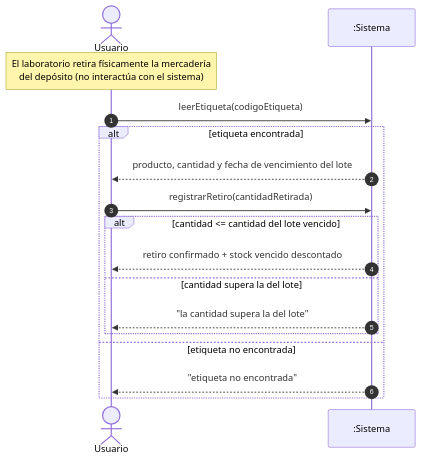
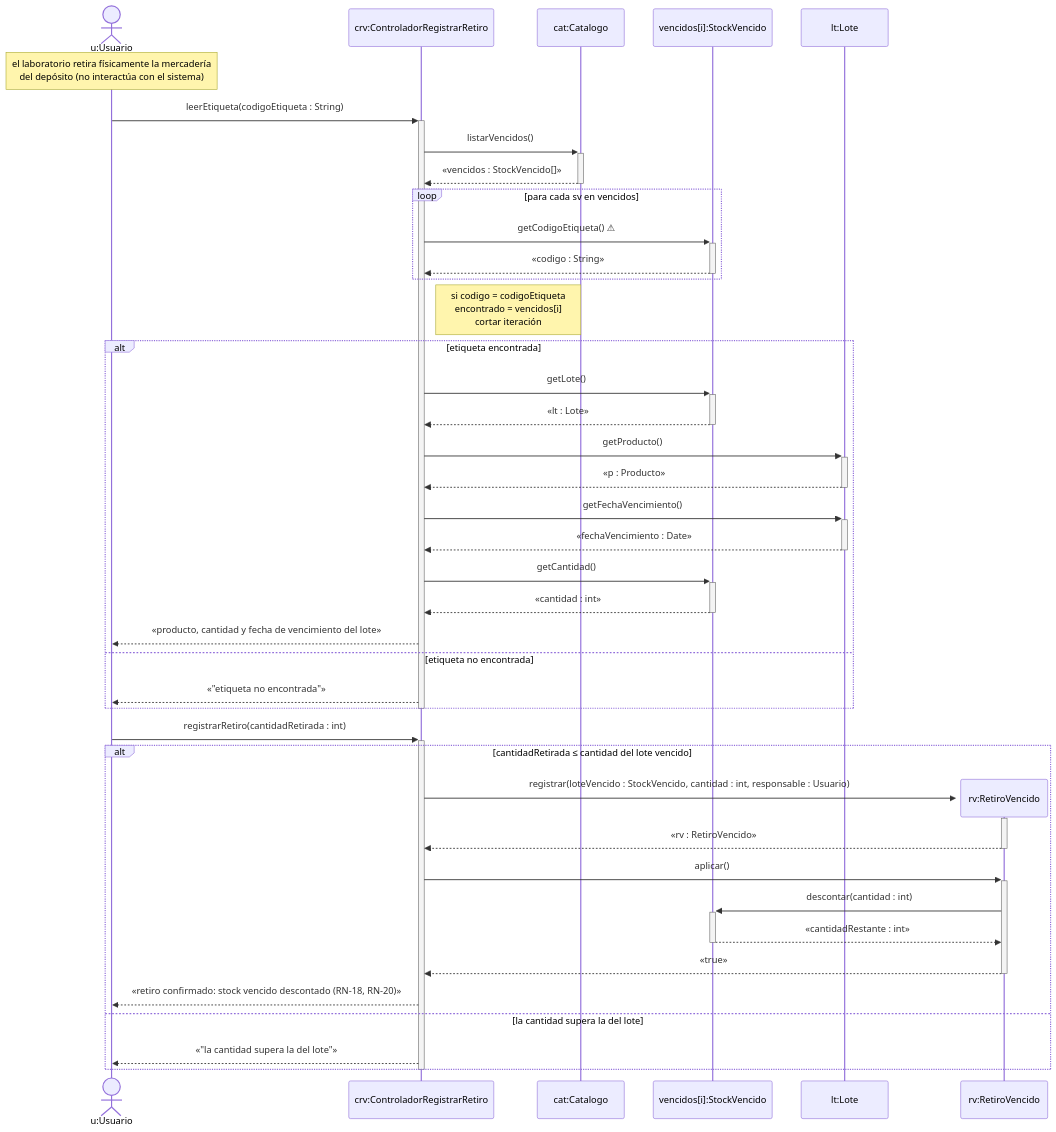
Before and after one commit to cirotop/Stock-Project: the tenth of 12 diagrams in 08-Diagrama De Secuencia/Diagramas_de_Secuencia.md, drawn with Mermaid. The commit also changed other lines of this file, not shown here.

````diff
--- a/08-Diagrama De Secuencia/Diagramas_de_Secuencia.md
+++ b/08-Diagrama De Secuencia/Diagramas_de_Secuencia.md
@@ -128,19 +330,47 @@
 ```mermaid
 sequenceDiagram
-    autonumber
-    actor U as Usuario
-    participant S as :Sistema
-    Note over U: El laboratorio retira físicamente la mercadería<br/>del depósito (no interactúa con el sistema)
-    U->>S: leerEtiqueta(codigoEtiqueta)
+    actor u as u:Usuario
+    participant crv as crv:ControladorRegistrarRetiro
+    participant cat as cat:Catalogo
+    participant sv as vencidos[i]:StockVencido
+    participant lt as lt:Lote
+
+    Note over u: el laboratorio retira físicamente la mercadería<br/>del depósito (no interactúa con el sistema)
+    u->>+crv: leerEtiqueta(codigoEtiqueta : String)
+    crv->>+cat: listarVencidos()
+    cat-->>-crv: «vencidos : StockVencido[]»
+    loop para cada sv en vencidos
+        crv->>+sv: getCodigoEtiqueta() ⚠
+        sv-->>-crv: «codigo : String»
+    end
+    Note right of crv: si codigo = codigoEtiqueta<br/>encontrado = vencidos[i]<br/>cortar iteración
     alt etiqueta encontrada
-        S-->>U: producto, cantidad y fecha de vencimiento del lote
-        U->>S: registrarRetiro(cantidadRetirada)
-        alt cantidad <= cantidad del lote vencido
-            S-->>U: retiro confirmado + stock vencido descontado
-        else cantidad supera la del lote
-            S-->>U: "la cantidad supera la del lote"
-        end
+        crv->>+sv: getLote()
+        sv-->>-crv: «lt : Lote»
+        crv->>+lt: getProducto()
+        lt-->>-crv: «p : Producto»
+        crv->>+lt: getFechaVencimiento()
+        lt-->>-crv: «fechaVencimiento : Date»
+        crv->>+sv: getCantidad()
+        sv-->>-crv: «cantidad : int»
+        crv-->>u: «producto, cantidad y fecha de vencimiento del lote»
     else etiqueta no encontrada
-        S-->>U: "etiqueta no encontrada"
+        crv-->>u: «"etiqueta no encontrada"»
     end
+    deactivate crv
+
+    u->>+crv: registrarRetiro(cantidadRetirada : int)
+    alt cantidadRetirada ≤ cantidad del lote vencido
+        create participant rv as rv:RetiroVencido
+        crv->>+rv: registrar(loteVencido : StockVencido, cantidad : int, responsable : Usuario)
+        rv-->>-crv: «rv : RetiroVencido»
+        crv->>+rv: aplicar()
+        rv->>+sv: descontar(cantidad : int)
+        sv-->>-rv: «cantidadRestante : int»
+        rv-->>-crv: «true»
+        crv-->>u: «retiro confirmado: stock vencido descontado (RN-18, RN-20)»
+    else la cantidad supera la del lote
+        crv-->>u: «"la cantidad supera la del lote"»
+    end
+    deactivate crv
 ```
````
